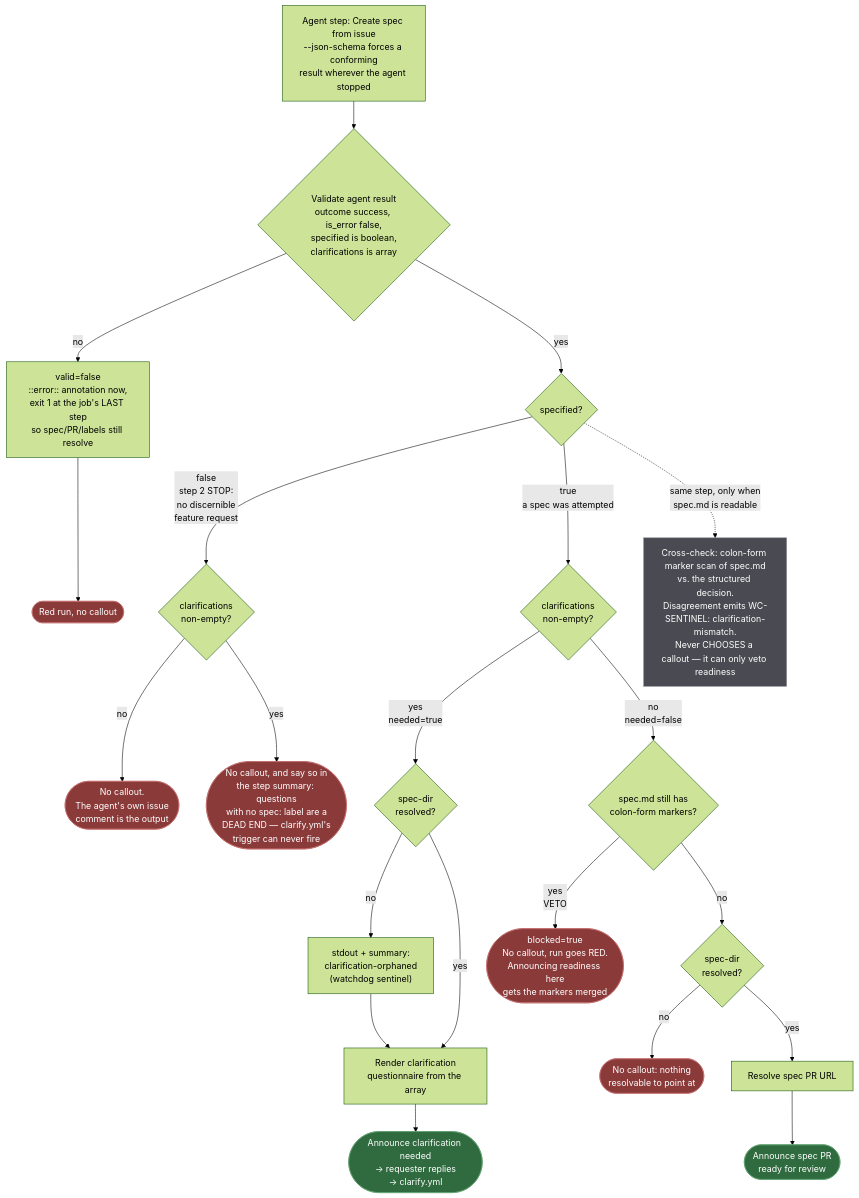
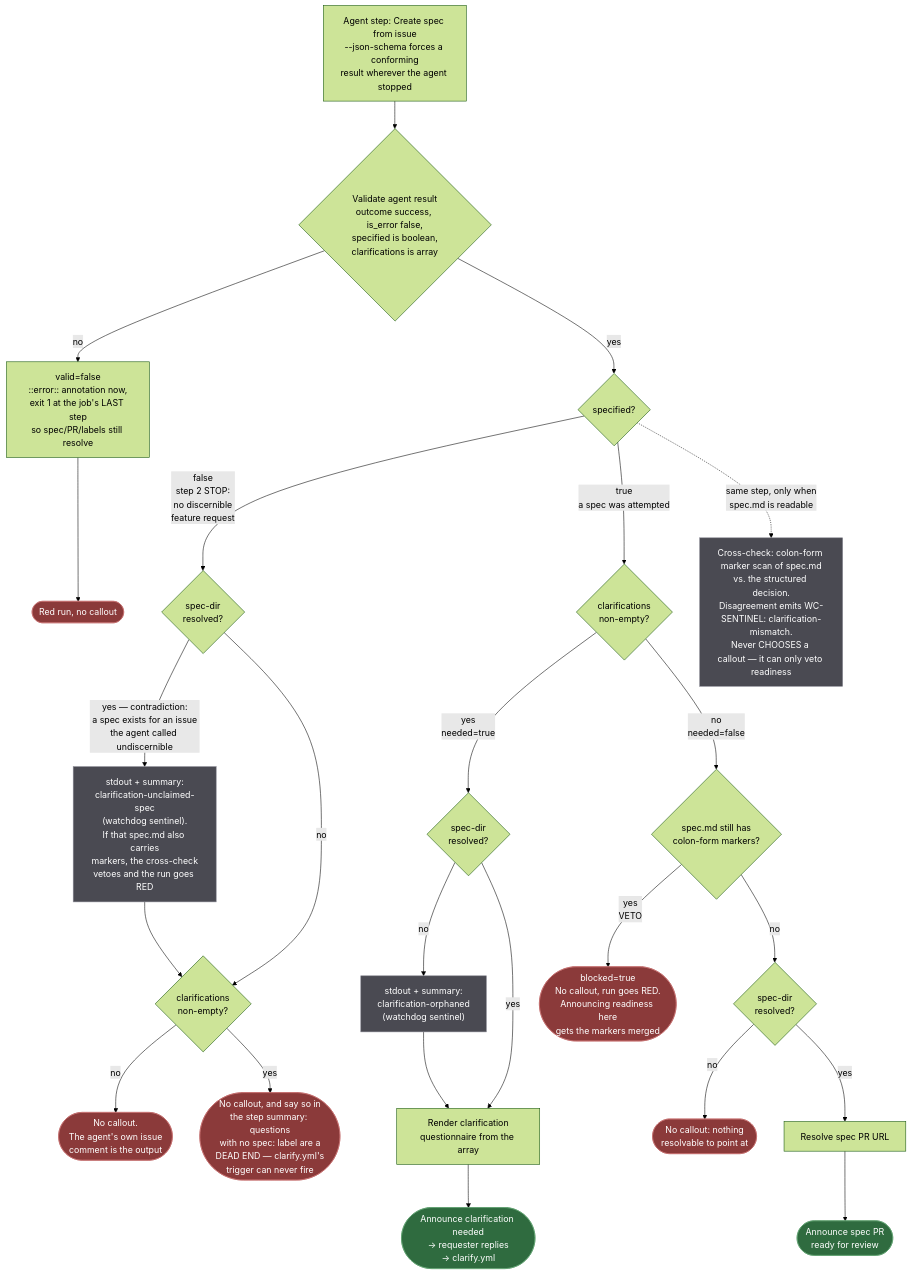
Before and after one commit to charlesguse/wing-commander: the diagram in specs/032-structured-clarification-gate/contracts/decision-points.md, drawn with Mermaid (forest theme). The commit also changed other lines of this file and 10 other files, not shown here.

````diff
--- a/specs/032-structured-clarification-gate/contracts/decision-points.md
+++ b/specs/032-structured-clarification-gate/contracts/decision-points.md
@@ -97,38 +97,41 @@
 ```mermaid
 flowchart TD
     A["Agent step: Create spec from issue<br/>--json-schema forces a conforming<br/>result wherever the agent stopped"] --> V{"Validate agent result<br/>outcome success, is_error false,<br/>specified is boolean,<br/>clarifications is array"}
 
     V -->|"no"| VF["valid=false<br/>::error:: annotation now,<br/>exit 1 at the job's LAST step<br/>so spec/PR/labels still resolve"]
     VF --> RED(["Red run, no callout"])
 
     V -->|"yes"| D{"specified?"}
 
-    D -->|"false<br/>step 2 STOP:<br/>no discernible<br/>feature request"| N1{"clarifications<br/>non-empty?"}
+    D -->|"false<br/>step 2 STOP:<br/>no discernible<br/>feature request"| U{"spec-dir<br/>resolved?"}
+    U -->|"yes — contradiction:<br/>a spec exists for an issue<br/>the agent called undiscernible"| UNC["stdout + summary:<br/>clarification-unclaimed-spec<br/>(watchdog sentinel).<br/>If that spec.md also carries<br/>markers, the cross-check<br/>vetoes and the run goes RED"]
+    UNC --> N1
+    U -->|"no"| N1{"clarifications<br/>non-empty?"}
     N1 -->|"no"| Q1(["No callout.<br/>The agent's own issue<br/>comment is the output"])
     N1 -->|"yes"| Q2(["No callout, and say so in<br/>the step summary: questions<br/>with no spec: label are a<br/>DEAD END — clarify.yml's<br/>trigger can never fire"])
 
     D -->|"true<br/>a spec was attempted"| C{"clarifications<br/>non-empty?"}
 
     C -->|"yes<br/>needed=true"| O{"spec-dir<br/>resolved?"}
     O -->|"no"| ORPH["stdout + summary:<br/>clarification-orphaned<br/>(watchdog sentinel)"]
     ORPH --> R
     O -->|"yes"| R["Render clarification<br/>questionnaire from the array"]
     R --> AC(["Announce clarification needed<br/>→ requester replies<br/>→ clarify.yml"])
 
     C -->|"no<br/>needed=false"| M{"spec.md still has<br/>colon-form markers?"}
     M -->|"yes<br/>VETO"| BLK(["blocked=true<br/>No callout, run goes RED.<br/>Announcing readiness here<br/>gets the markers merged"])
     M -->|"no"| S{"spec-dir<br/>resolved?"}
     S -->|"no"| Q3(["No callout: nothing<br/>resolvable to point at"])
     S -->|"yes"| P["Resolve spec PR URL"]
     P --> AP(["Announce spec PR<br/>ready for review"])
 
     D -.->|"same step, only when<br/>spec.md is readable"| X
     X["Cross-check: colon-form marker scan of spec.md<br/>vs. the structured decision.<br/>Disagreement emits WC-SENTINEL: clarification-mismatch.<br/>Never CHOOSES a callout — it can only veto readiness"]
 
     classDef stop fill:#8b3a3a,stroke:#c26b6b,color:#ffffff
     classDef good fill:#2f6b3f,stroke:#5fa06f,color:#ffffff
     classDef note fill:#4a4a52,stroke:#8a8a95,color:#ffffff
     class RED,Q1,Q2,Q3,BLK stop
     class AC,AP good
-    class X note
+    class X,UNC,ORPH note
 ```
````
